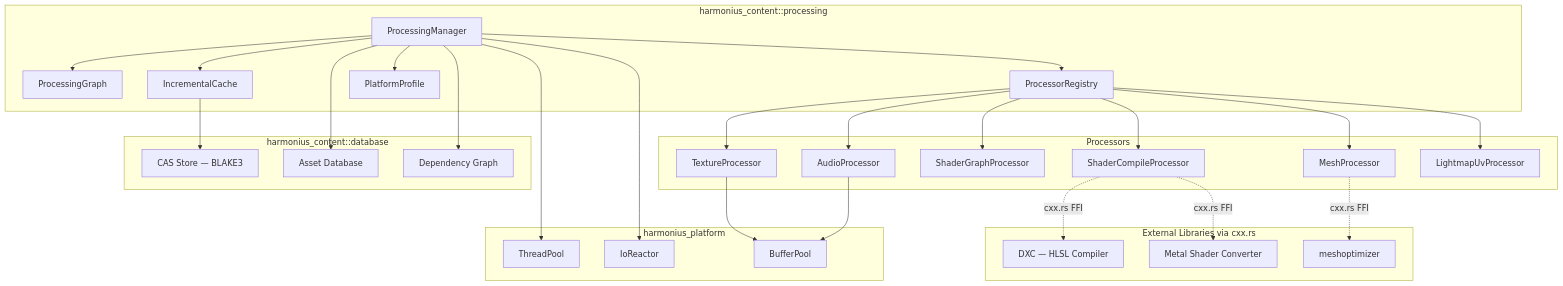
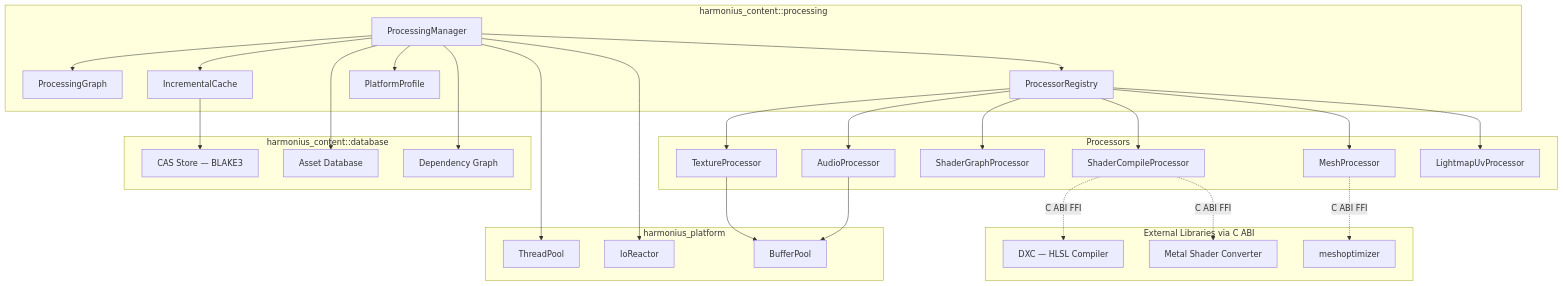
One commit to harmonius-dev/harmonius changed the first of 8 diagrams in docs/design/content-pipeline/processing.md. Above: the diagram before and after it, drawn with Mermaid. The commit also changed other lines of this file and 65 other files, not shown here.

First line of the commit message:
Replace cxx.rs with C ABI FFI across all docs

````diff
--- a/docs/design/content-pipeline/processing.md
+++ b/docs/design/content-pipeline/processing.md
@@ -80,61 +80,61 @@
 ```mermaid
 graph TD
     subgraph "harmonius_content::processing"
         PM[ProcessingManager]
         PG[ProcessingGraph]
         PR[ProcessorRegistry]
         IC[IncrementalCache]
         PP[PlatformProfile]
     end
 
     subgraph "Processors"
         TX[TextureProcessor]
         MO[MeshProcessor]
         SG[ShaderGraphProcessor]
         SC[ShaderCompileProcessor]
         AU[AudioProcessor]
         LM[LightmapUvProcessor]
     end
 
-    subgraph "External Libraries via cxx.rs"
+    subgraph "External Libraries via C ABI"
         DXC[DXC — HLSL Compiler]
         MSC[Metal Shader Converter]
         MOP[meshoptimizer]
     end
 
     subgraph "harmonius_platform"
         TP[ThreadPool]
         RE[IoReactor]
         BP[BufferPool]
     end
 
     subgraph "harmonius_content::database"
         CAS[CAS Store — BLAKE3]
         ADB[Asset Database]
         DEP[Dependency Graph]
     end
 
     PM --> PG
     PM --> PR
     PM --> IC
     PM --> PP
     PR --> TX
     PR --> MO
     PR --> SG
     PR --> SC
     PR --> AU
     PR --> LM
 
-    SC -.->|"cxx.rs FFI"| DXC
-    SC -.->|"cxx.rs FFI"| MSC
-    MO -.->|"cxx.rs FFI"| MOP
+    SC -.->|"C ABI FFI"| DXC
+    SC -.->|"C ABI FFI"| MSC
+    MO -.->|"C ABI FFI"| MOP
 
     PM --> TP
     PM --> RE
     TX --> BP
     AU --> BP
 
     IC --> CAS
     PM --> ADB
     PM --> DEP
 ```
````
